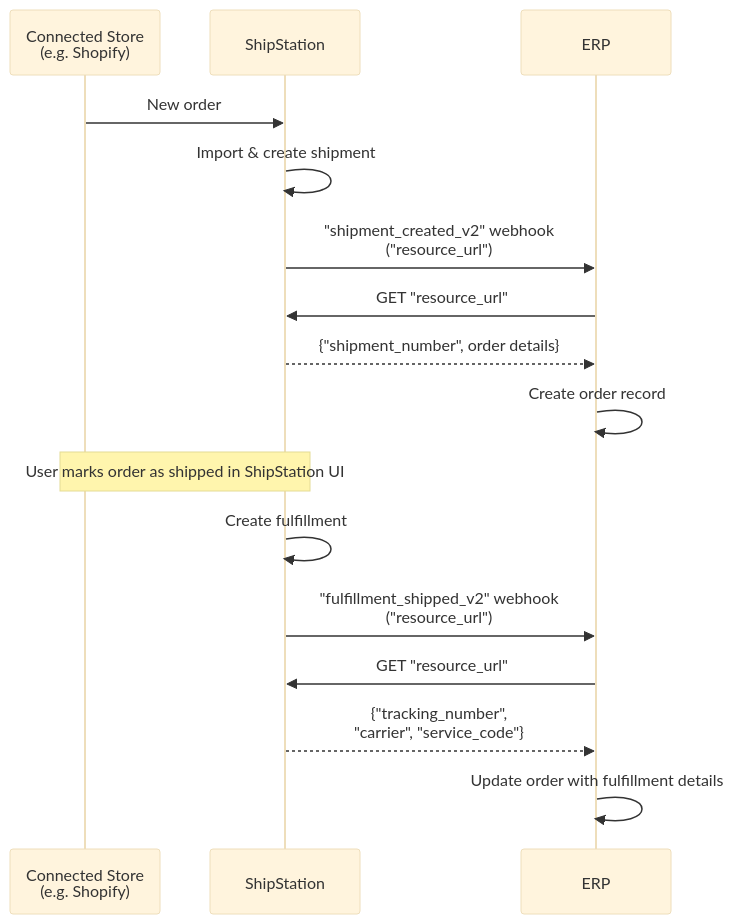
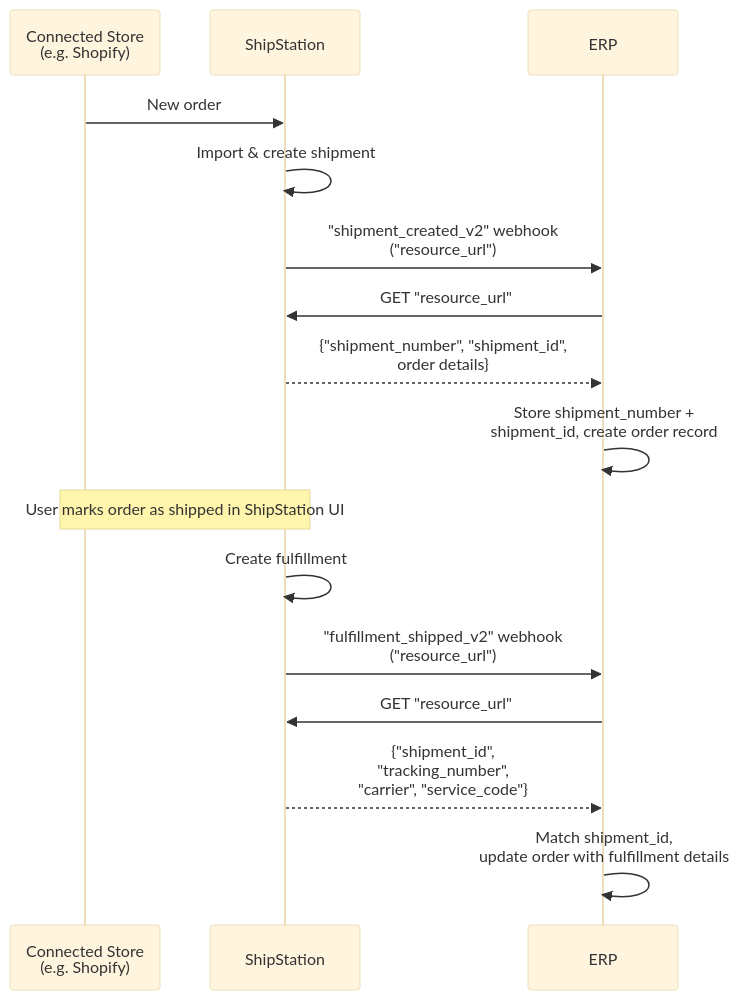
One commit to pmcgee-personal/shipstation-integration-toolkit changed the diagram in patterns/erp-sync-mark-as-shipped.md. Above: the diagram before and after it, drawn with Mermaid (base theme). The commit also changed other lines of this file and 1 other file, not shown here.

Commit message:
update: patterns

````diff
--- a/patterns/erp-sync-mark-as-shipped.md
+++ b/patterns/erp-sync-mark-as-shipped.md
@@ -9,22 +9,22 @@
 ```mermaid
 sequenceDiagram
     participant Store as Connected Store<br/>(e.g. Shopify)
     participant SS as ShipStation
     participant ERP as ERP
 
     Store->>SS: New order
     SS->>SS: Import & create shipment
 
     SS->>ERP: "shipment_created_v2" webhook<br/>("resource_url")
     ERP->>SS: GET "resource_url"
-    SS-->>ERP: {"shipment_number", order details}
-    ERP->>ERP: Create order record
+    SS-->>ERP: {"shipment_number", "shipment_id",<br/>order details}
+    ERP->>ERP: Store shipment_number +<br/>shipment_id, create order record
 
     Note over SS,Store: User marks order as shipped in ShipStation UI
     SS->>SS: Create fulfillment
     SS->>ERP: "fulfillment_shipped_v2" webhook<br/>("resource_url")
 
     ERP->>SS: GET "resource_url"
-    SS-->>ERP: {"tracking_number",<br/>"carrier", "service_code"}
-    ERP->>ERP: Update order with fulfillment details
+    SS-->>ERP: {"shipment_id",<br/>"tracking_number",<br/>"carrier", "service_code"}
+    ERP->>ERP: Match shipment_id,<br/>update order with fulfillment details
 ```
````
